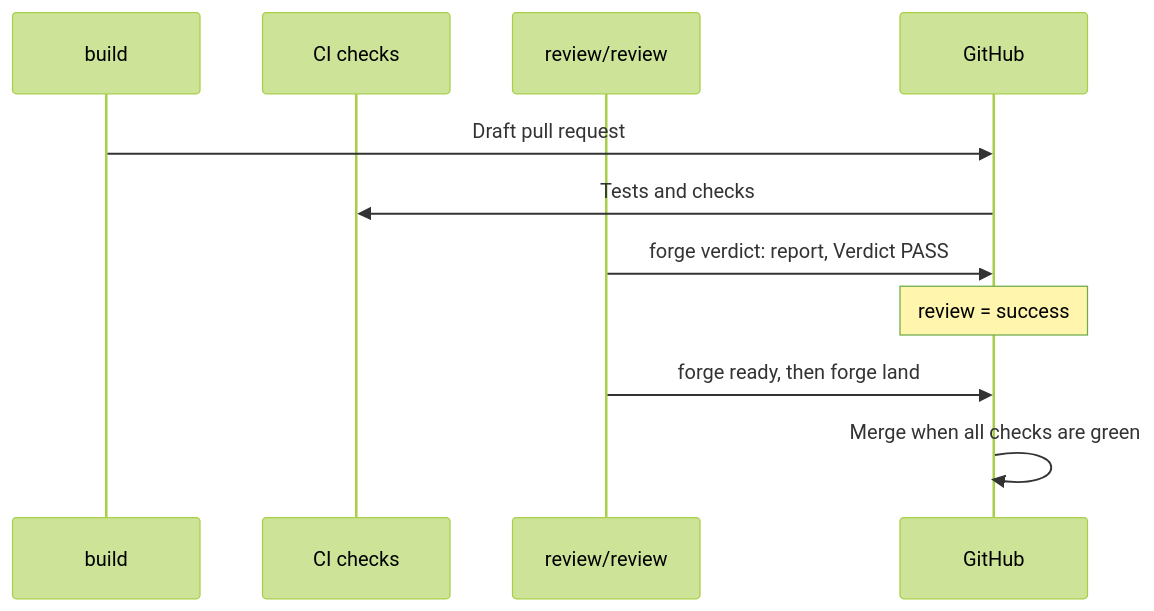
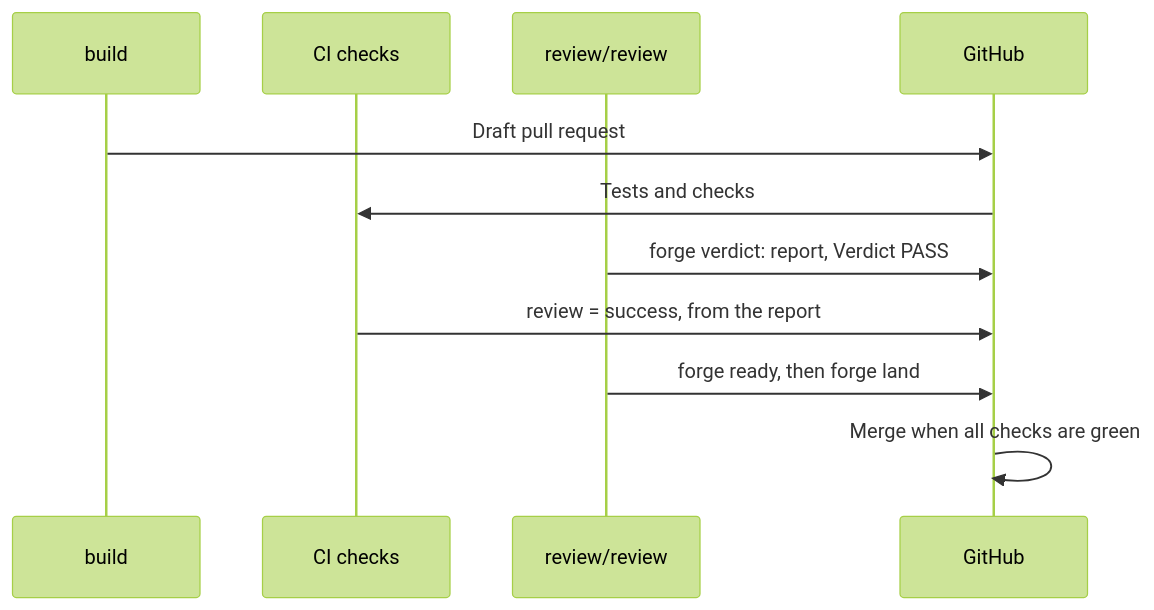
Before and after one commit to dmitriywind/agentic-sdlc: the diagram in docs/guide/5-review-and-merge.md, drawn with Mermaid (forest theme). The commit also changed other lines of this file and 40 other files, not shown here.

First line of the commit message:
The documents describe the one flow (#22)

````diff
--- a/docs/guide/5-review-and-merge.md
+++ b/docs/guide/5-review-and-merge.md
@@ -12,13 +12,13 @@
 ```mermaid
 sequenceDiagram
   participant I as build
   participant CI as CI checks
   participant R as review/review
   participant G as GitHub
   I->>G: Draft pull request
   G->>CI: Tests and checks
   R->>G: forge verdict: report, Verdict PASS
-  Note over G: review = success
+  CI->>G: review = success, from the report
   R->>G: forge ready, then forge land
   G->>G: Merge when all checks are green
 ```
````
